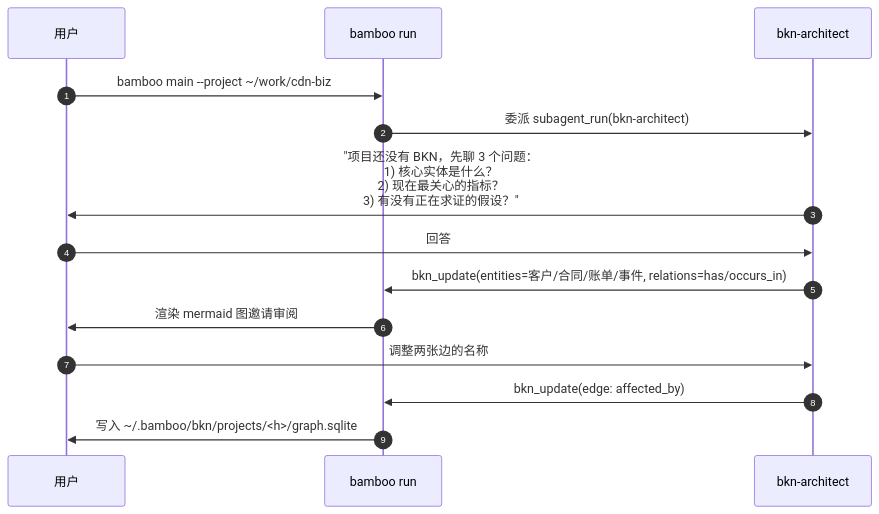
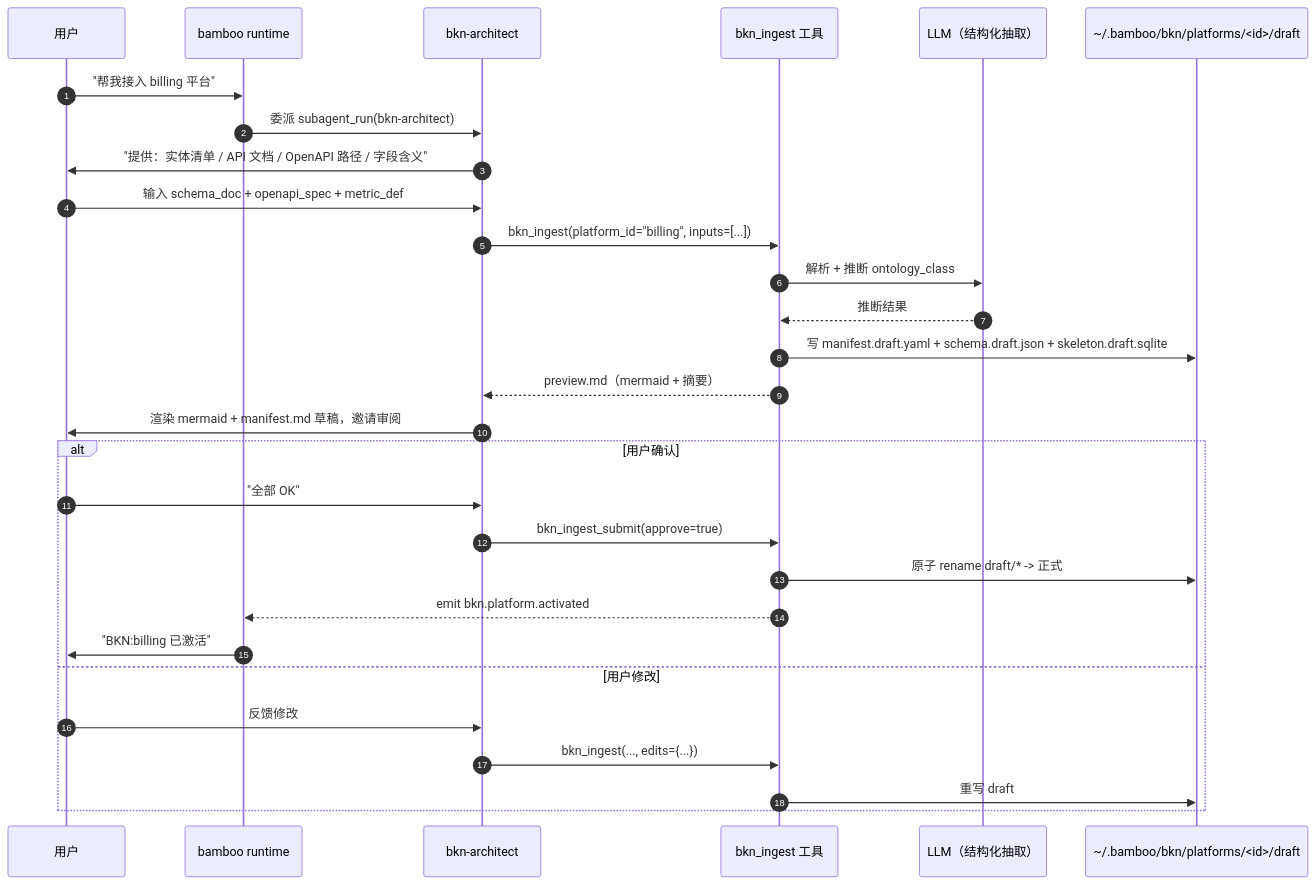
One commit to LB-Young/Bamboo changed the eighth of 12 diagrams in docs/bkn-graph-design.md. Above: the diagram before and after it, drawn with Mermaid. The commit also changed other lines of this file and 24 other files, not shown here.

````diff
--- a/docs/bkn-graph-design.md
+++ b/docs/bkn-graph-design.md
@@ -716,17 +984,32 @@
 ```mermaid
 sequenceDiagram
     autonumber
     participant U as 用户
-    participant B as bamboo run
+    participant B as bamboo runtime
     participant A as bkn-architect
+    participant I as bkn_ingest 工具
+    participant L as LLM（结构化抽取）
+    participant FS as ~/.bamboo/bkn/platforms/<id>/draft
 
-    U->>B: bamboo main --project ~/work/cdn-biz
+    U->>B: "帮我接入 billing 平台"
     B->>A: 委派 subagent_run(bkn-architect)
-    A->>U: "项目还没有 BKN，先聊 3 个问题：<br/>1) 核心实体是什么？<br/>2) 现在最关心的指标？<br/>3) 有没有正在求证的假设？"
-    U->>A: 回答
-    A->>B: bkn_update(entities=客户/合同/账单/事件, relations=has/occurs_in)
-    B->>U: 渲染 mermaid 图邀请审阅
-    U->>A: 调整两张边的名称
-    A->>B: bkn_update(edge: affected_by)
-    B->>U: 写入 ~/.bamboo/bkn/projects/<h>/graph.sqlite
+    A->>U: "提供：实体清单 / API 文档 / OpenAPI 路径 / 字段含义"
+    U->>A: 输入 schema_doc + openapi_spec + metric_def
+    A->>I: bkn_ingest(platform_id="billing", inputs=[...])
+    I->>L: 解析 + 推断 ontology_class
+    L-->>I: 推断结果
+    I->>FS: 写 manifest.draft.yaml + schema.draft.json + skeleton.draft.sqlite
+    I-->>A: preview.md（mermaid + 摘要）
+    A->>U: 渲染 mermaid + manifest.md 草稿，邀请审阅
+    alt 用户确认
+        U->>A: "全部 OK"
+        A->>I: bkn_ingest_submit(approve=true)
+        I->>FS: 原子 rename draft/* -> 正式
+        I-->>B: emit bkn.platform.activated
+        B->>U: "BKN:billing 已激活"
+    else 用户修改
+        U->>A: 反馈修改
+        A->>I: bkn_ingest(..., edits={...})
+        I->>FS: 重写 draft
+    end
 ```
````
